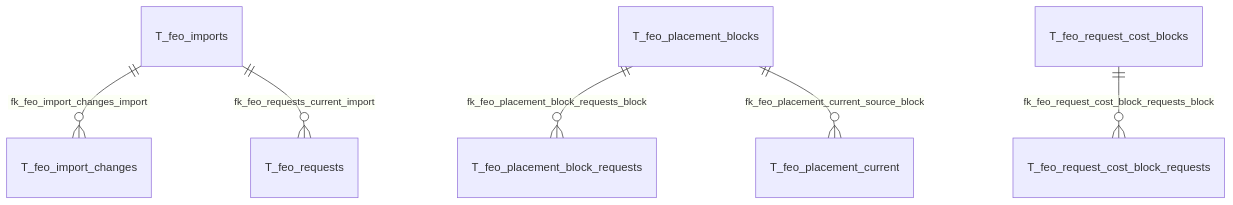
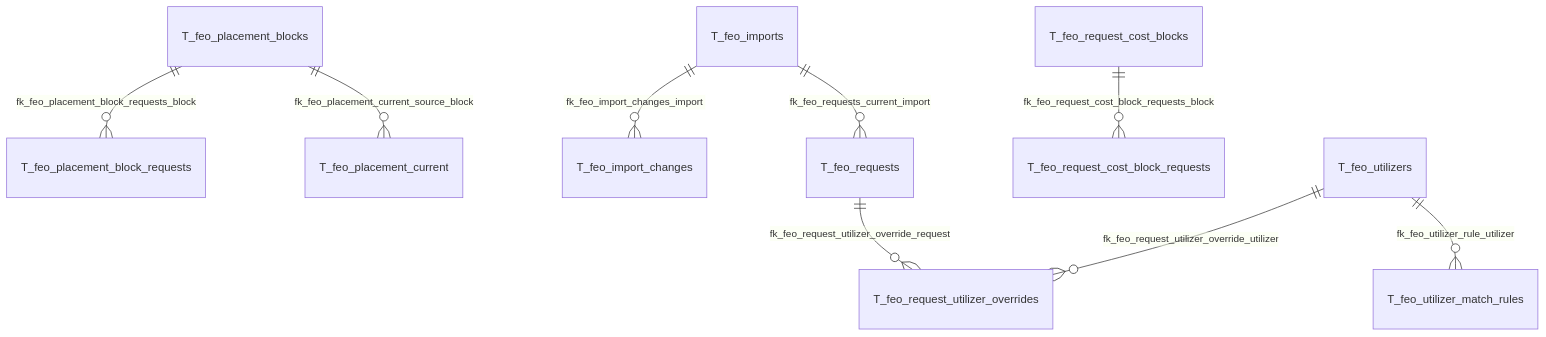
Before and after one commit to caymanlogistic-crypto/erp-planex-ci: the seventh of 9 diagrams in docs/database/TENANT_ERD.md, drawn with Mermaid. The commit also changed other lines of this file and 15 other files, not shown here.

Commit message:
Regenerate tenant schema docs for FEO map stage 1

````diff
--- a/docs/database/TENANT_ERD.md
+++ b/docs/database/TENANT_ERD.md
@@ -121,8 +121,11 @@
 ```mermaid
 erDiagram
   T_feo_imports ||--o{ T_feo_import_changes : "fk_feo_import_changes_import"
   T_feo_placement_blocks ||--o{ T_feo_placement_block_requests : "fk_feo_placement_block_requests_block"
   T_feo_placement_blocks ||--o{ T_feo_placement_current : "fk_feo_placement_current_source_block"
   T_feo_request_cost_blocks ||--o{ T_feo_request_cost_block_requests : "fk_feo_request_cost_block_requests_block"
+  T_feo_requests ||--o{ T_feo_request_utilizer_overrides : "fk_feo_request_utilizer_override_request"
+  T_feo_utilizers ||--o{ T_feo_request_utilizer_overrides : "fk_feo_request_utilizer_override_utilizer"
   T_feo_imports ||--o{ T_feo_requests : "fk_feo_requests_current_import"
+  T_feo_utilizers ||--o{ T_feo_utilizer_match_rules : "fk_feo_utilizer_rule_utilizer"
 ```
````
